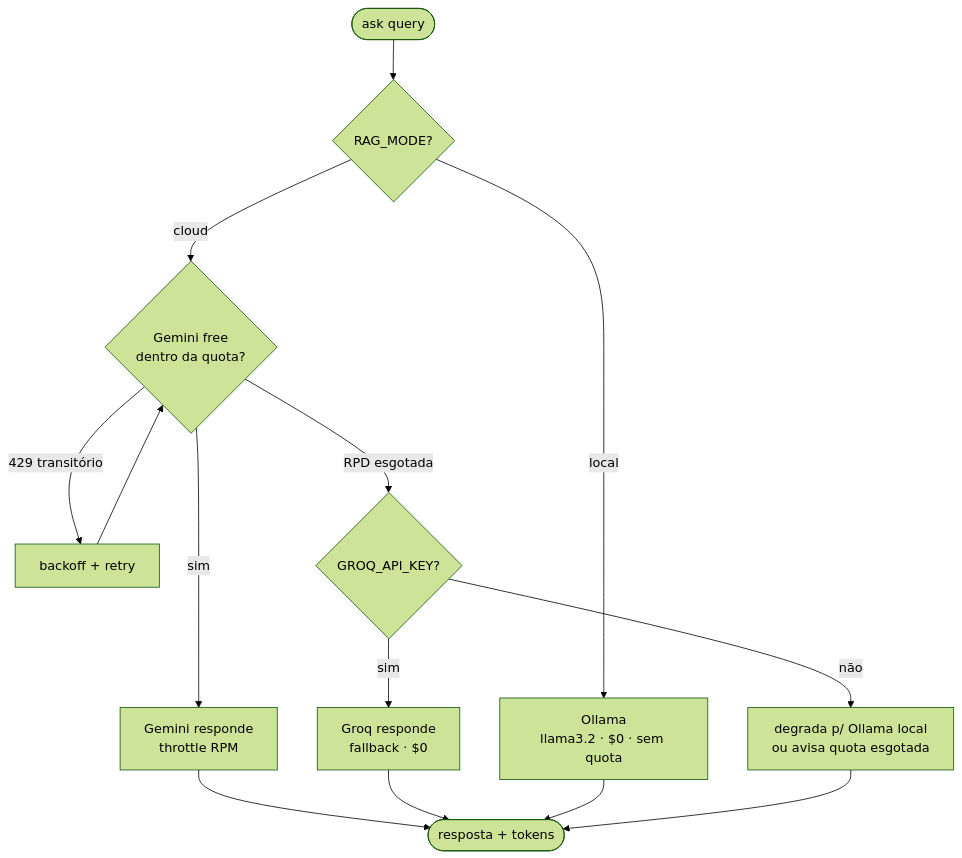
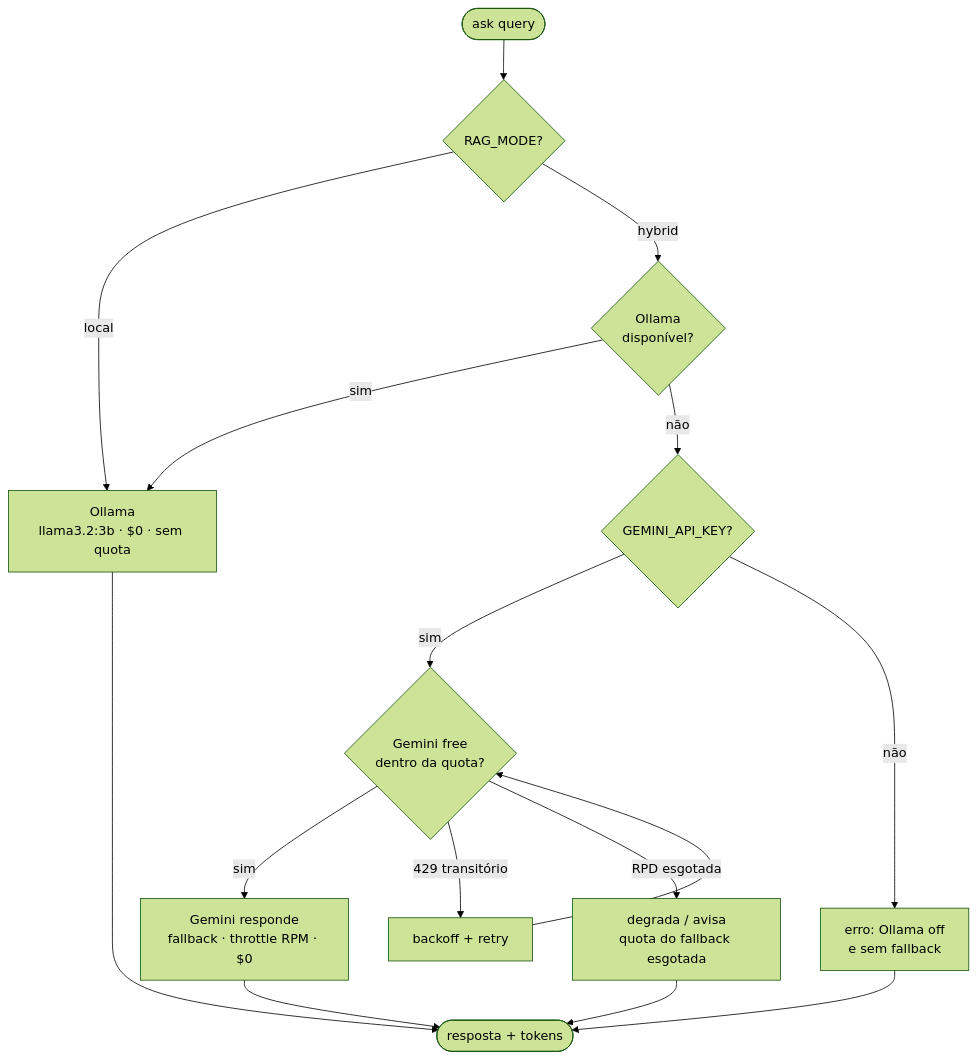
Diagram 11 of 11 in docs/DIAGRAMS.md (mathfrancisco/Personal-RAG-Assistant), drawn with Mermaid (forest theme) before and after one commit. The commit also changed other lines of this file and 26 other files, not shown here.

First line of the commit message:
feat(phase-0): scaffold + local-first strategy (Ollama primary, Gemini fallback)

````diff
--- a/docs/DIAGRAMS.md
+++ b/docs/DIAGRAMS.md
@@ -406,16 +403,18 @@
 ```mermaid
 flowchart TD
     start([ask query]) --> mode{RAG_MODE?}
-    mode -->|local| ollama[Ollama<br/>llama3.2 · $0 · sem quota]
-    mode -->|cloud| gem{Gemini free<br/>dentro da quota?}
-    gem -->|sim| gemok[Gemini responde<br/>throttle RPM]
+    mode -->|local| ollama[Ollama<br/>llama3.2:3b · $0 · sem quota]
+    mode -->|hybrid| tryoll{Ollama<br/>disponível?}
+    tryoll -->|sim| ollama
+    tryoll -->|não| keycheck{GEMINI_API_KEY?}
+    keycheck -->|sim| gem{Gemini free<br/>dentro da quota?}
+    gem -->|sim| gemok[Gemini responde<br/>fallback · throttle RPM · $0]
     gem -->|429 transitório| backoff[backoff + retry]
     backoff --> gem
-    gem -->|RPD esgotada| groqcheck{GROQ_API_KEY?}
-    groqcheck -->|sim| groq[Groq responde<br/>fallback · $0]
-    groqcheck -->|não| deg[degrada p/ Ollama local<br/>ou avisa quota esgotada]
+    gem -->|RPD esgotada| deg[degrada / avisa<br/>quota do fallback esgotada]
+    keycheck -->|não| err[erro: Ollama off<br/>e sem fallback]
     gemok --> done([resposta + tokens])
-    groq --> done
     ollama --> done
     deg --> done
+    err --> done
 ```
````
